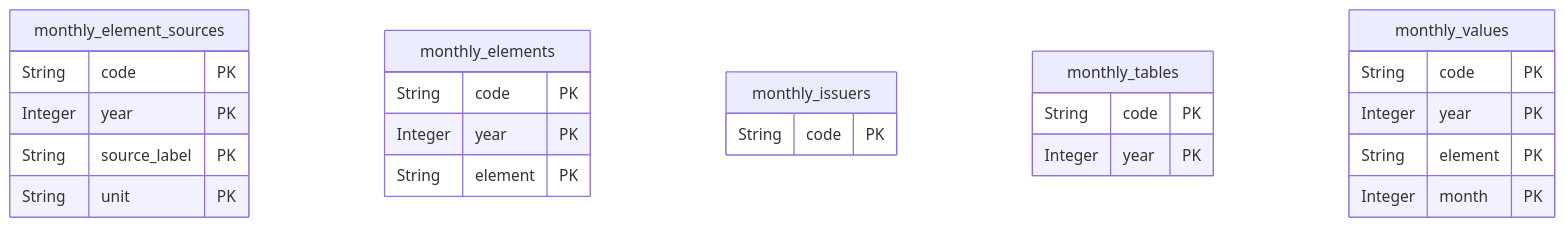
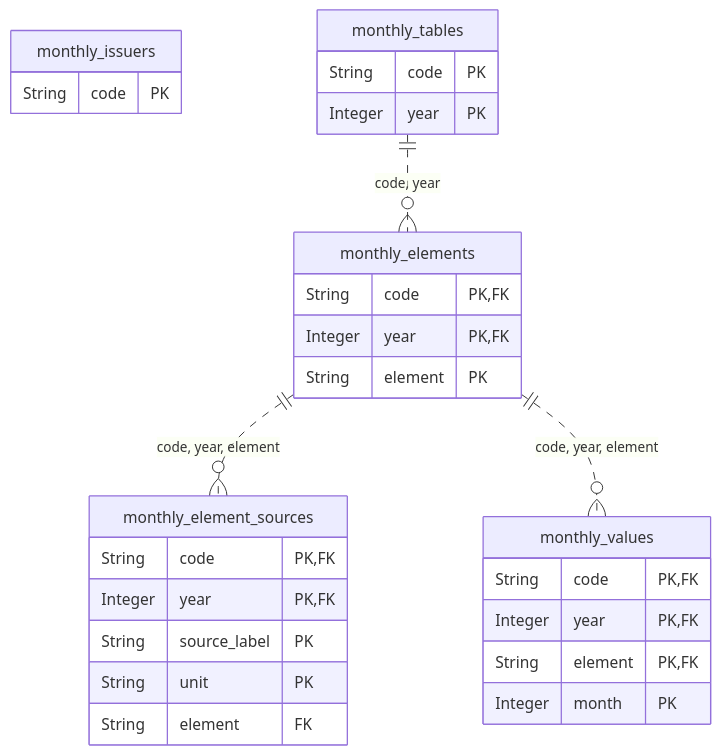
The diagram in docs/schema/monthly.md (pekumirui/stock-analyzer), drawn with Mermaid before and after one commit. The commit also changed other lines of this file and 11 other files, not shown here.

First line of the commit message:
improve(KAB-495): 全テーブルの参照をモデルに宣言し、複合キーの参照も 1 本の点線で ER 図に出す

````diff
--- a/docs/schema/monthly.md
+++ b/docs/schema/monthly.md
@@ -7,27 +7,31 @@
 ```mermaid
 erDiagram
   monthly_element_sources {
-    String code PK
-    Integer year PK
+    String code PK, FK
+    Integer year PK, FK
     String source_label PK
     String unit PK
+    String element FK
   }
   monthly_elements {
-    String code PK
-    Integer year PK
+    String code PK, FK
+    Integer year PK, FK
     String element PK
   }
   monthly_issuers {
     String code PK
   }
   monthly_tables {
     String code PK
     Integer year PK
   }
   monthly_values {
-    String code PK
-    Integer year PK
-    String element PK
+    String code PK, FK
+    Integer year PK, FK
+    String element PK, FK
     Integer month PK
   }
+  monthly_elements ||..o{ monthly_element_sources : "code, year, element"
+  monthly_elements ||..o{ monthly_values : "code, year, element"
+  monthly_tables ||..o{ monthly_elements : "code, year"
 ```
````
